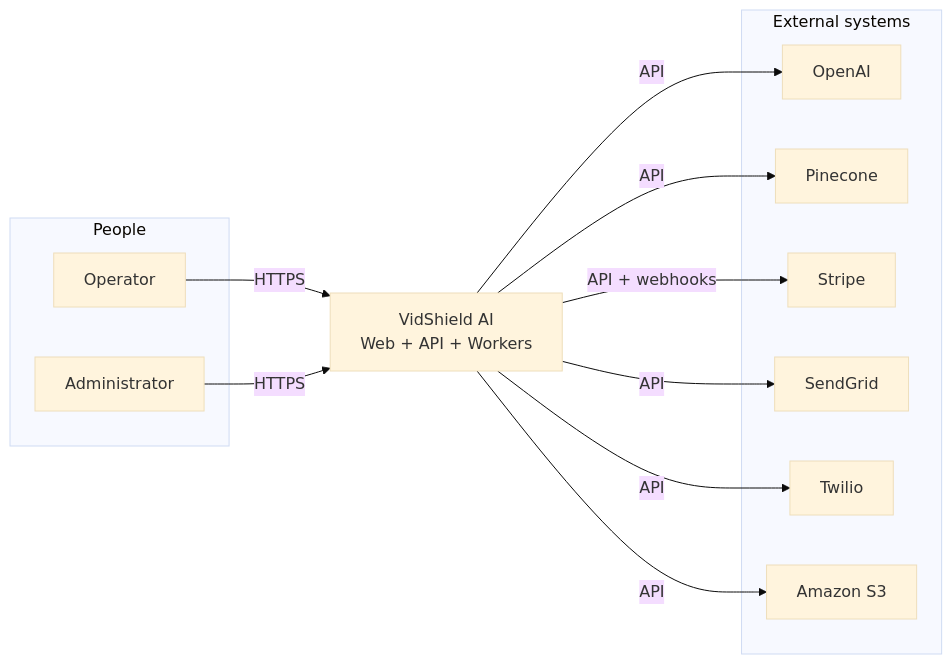
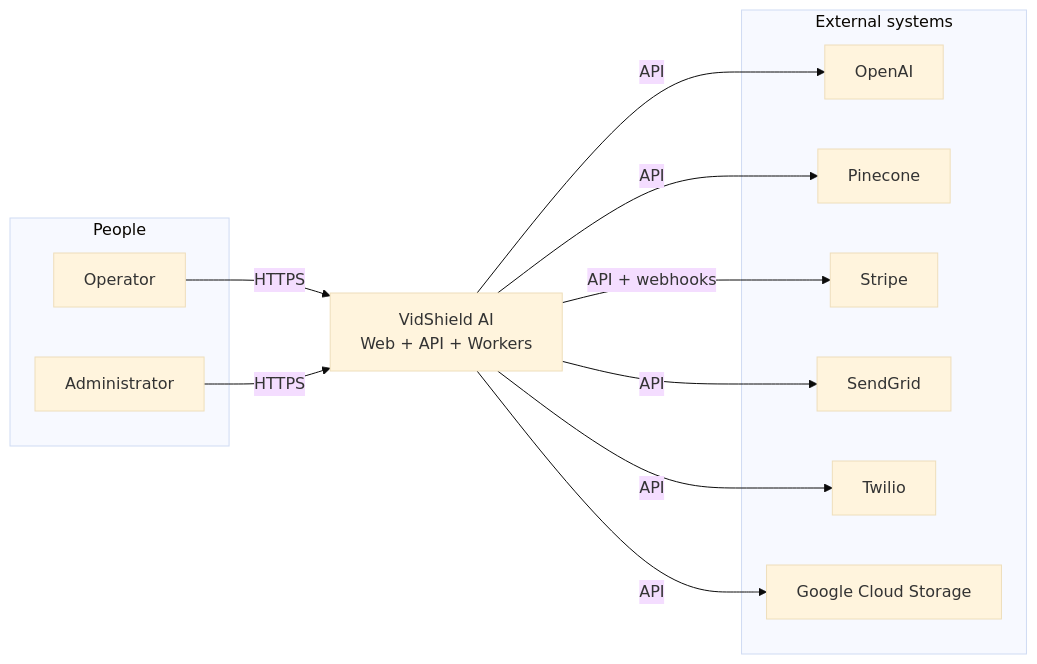
Before and after one commit to anulsasidharan/AI-Video-Intelligence-Content-Moderation-Platform: the first of 2 diagrams in docs/HDL.md, drawn with Mermaid (base theme). The commit also changed other lines of this file and 49 other files, not shown here.

````diff
--- a/docs/HDL.md
+++ b/docs/HDL.md
@@ -37,24 +37,24 @@
 ```mermaid
 flowchart LR
   subgraph people["People"]
     OP[Operator]
     AD[Administrator]
   end
   VS[VidShield AI\nWeb + API + Workers]
   subgraph ext["External systems"]
     OAI[OpenAI]
     PC[Pinecone]
     ST[Stripe]
     SG[SendGrid]
     TW[Twilio]
-    S3[Amazon S3]
+    GCS[Google Cloud Storage]
   end
   OP -->|HTTPS| VS
   AD -->|HTTPS| VS
   VS -->|API| OAI
   VS -->|API| PC
   VS -->|API + webhooks| ST
   VS -->|API| SG
   VS -->|API| TW
-  VS -->|API| S3
+  VS -->|API| GCS
 ```
````
